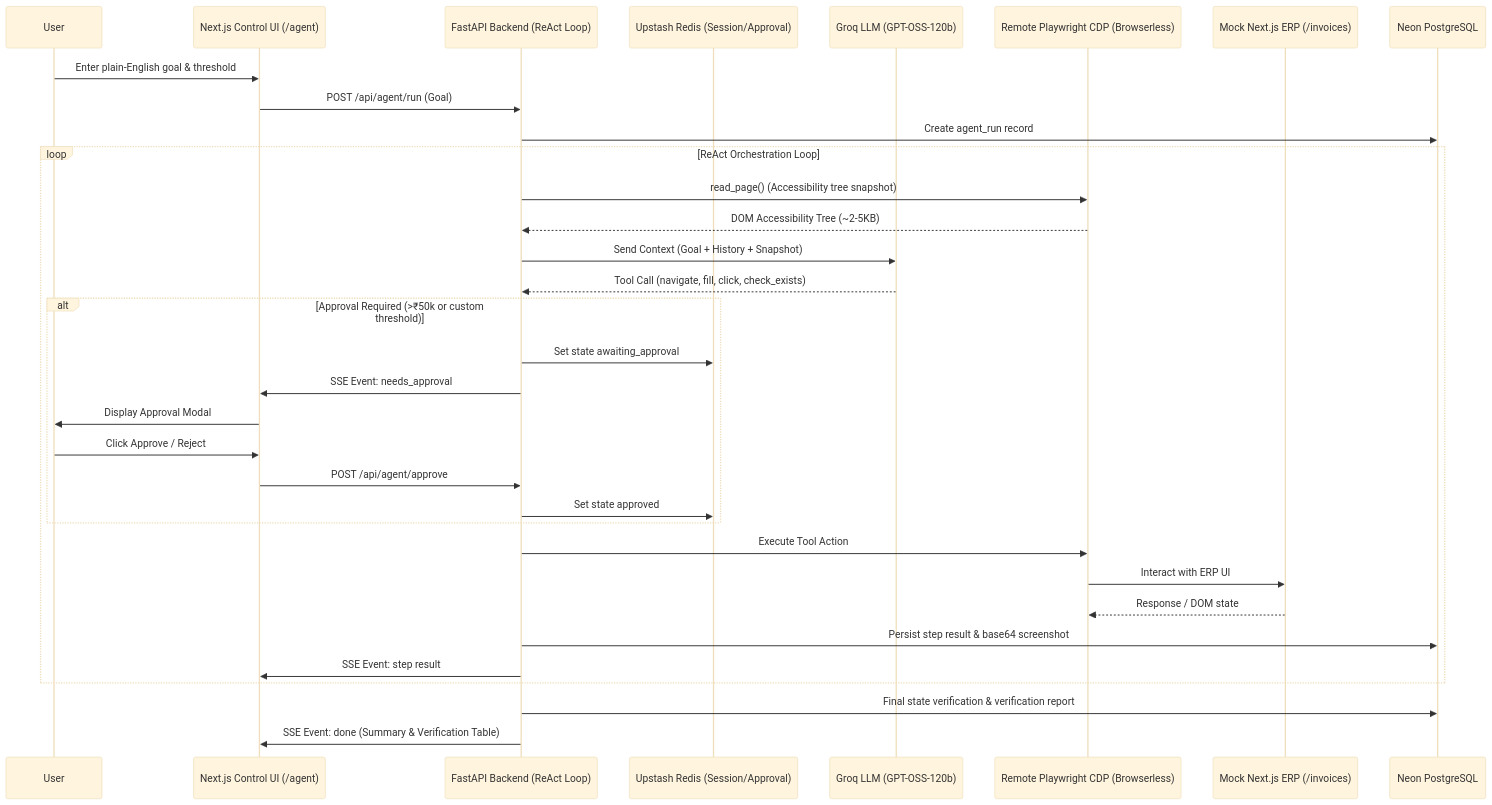
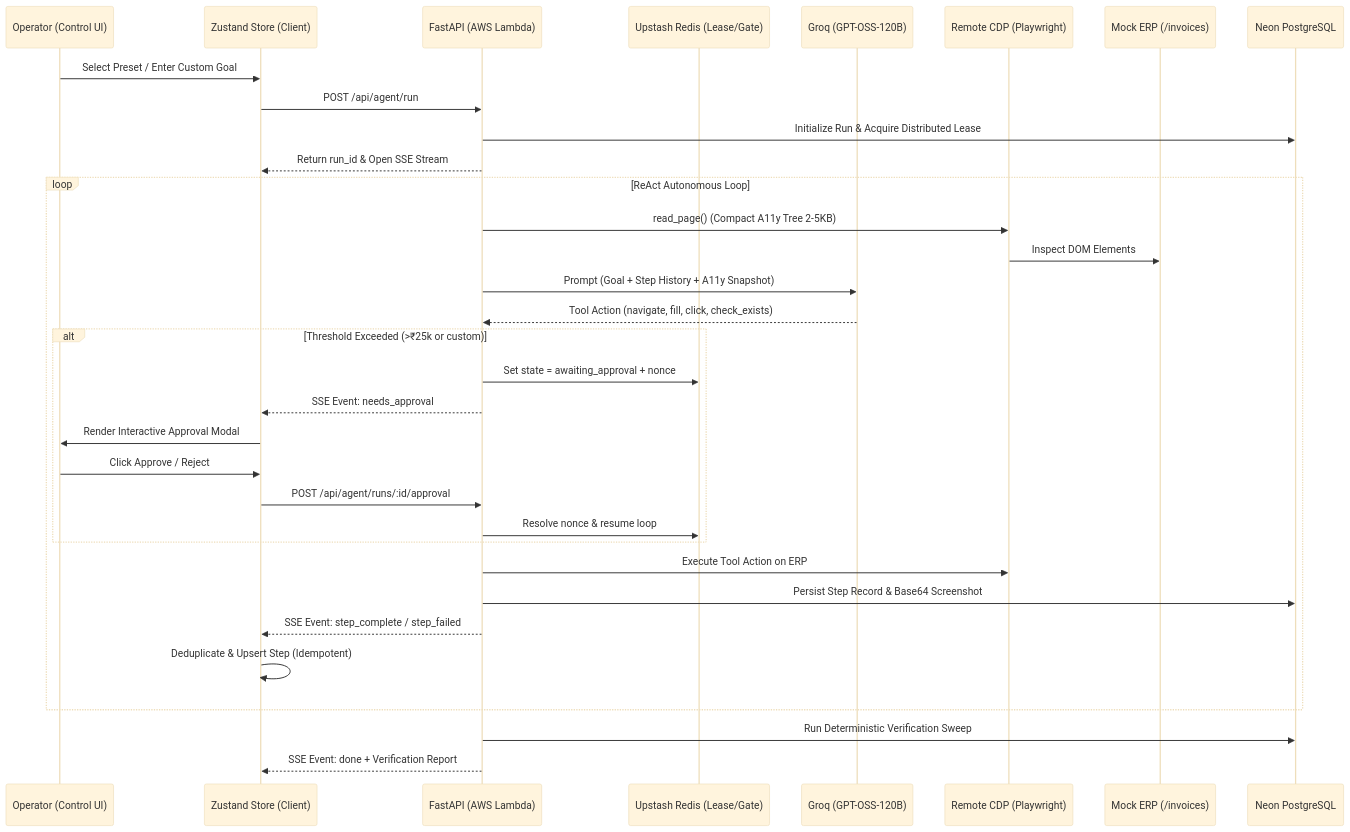
One commit to kaiizer777/hulchul-assignment changed the diagram in README.md. Above: the diagram before and after it, drawn with Mermaid (base theme). The commit also changed other lines of this file and 1 other file, not shown here.

Commit message:
docs: update README and ENGINEERING_NOTE with Zustand state architecture and streamlined docs

````diff
--- a/README.md
+++ b/README.md
@@ -22,36 +29,36 @@
 ```mermaid
 sequenceDiagram
-    participant User
-    participant ControlUI as Next.js Control UI (/agent)
-    participant FastAPI as FastAPI Backend (ReAct Loop)
-    participant Redis as Upstash Redis (Session/Approval)
-    participant Groq as Groq LLM (GPT-OSS-120b)
-    participant CDP as Remote Playwright CDP (Browserless)
-    participant ERP as Mock Next.js ERP (/invoices)
+    participant User as Operator (Control UI)
+    participant Store as Zustand Store (Client)
+    participant API as FastAPI (AWS Lambda)
+    participant Redis as Upstash Redis (Lease/Gate)
+    participant Groq as Groq (GPT-OSS-120B)
+    participant CDP as Remote CDP (Playwright)
+    participant ERP as Mock ERP (/invoices)
     participant DB as Neon PostgreSQL
 
-    User->>ControlUI: Enter plain-English goal & threshold
-    ControlUI->>FastAPI: POST /api/agent/run (Goal)
-    FastAPI->>DB: Create agent_run record
-    loop ReAct Orchestration Loop
-        FastAPI->>CDP: read_page() (Accessibility tree snapshot)
-        CDP-->>FastAPI: DOM Accessibility Tree (~2-5KB)
-        FastAPI->>Groq: Send Context (Goal + History + Snapshot)
-        Groq-->>FastAPI: Tool Call (navigate, fill, click, check_exists)
-        alt Approval Required (>₹50k or custom threshold)
-            FastAPI->>Redis: Set state awaiting_approval
-            FastAPI->>ControlUI: SSE Event: needs_approval
-            ControlUI->>User: Display Approval Modal
-            User->>ControlUI: Click Approve / Reject
-            ControlUI->>FastAPI: POST /api/agent/approve
-            FastAPI->>Redis: Set state approved
+    User->>Store: Select Preset / Enter Custom Goal
+    Store->>API: POST /api/agent/run
+    API->>DB: Initialize Run & Acquire Distributed Lease
+    API-->>Store: Return run_id & Open SSE Stream
+    loop ReAct Autonomous Loop
+        API->>CDP: read_page() (Compact A11y Tree 2-5KB)
+        CDP->>ERP: Inspect DOM Elements
+        API->>Groq: Prompt (Goal + Step History + A11y Snapshot)
+        Groq-->>API: Tool Action (navigate, fill, click, check_exists)
+        alt Threshold Exceeded (>₹25k or custom)
+            API->>Redis: Set state = awaiting_approval + nonce
+            API-->>Store: SSE Event: needs_approval
+            Store->>User: Render Interactive Approval Modal
+            User->>Store: Click Approve / Reject
+            Store->>API: POST /api/agent/runs/:id/approval
+            API->>Redis: Resolve nonce & resume loop
         end
-        FastAPI->>CDP: Execute Tool Action
-        CDP->>ERP: Interact with ERP UI
-        ERP-->>CDP: Response / DOM state
-        FastAPI->>DB: Persist step result & base64 screenshot
-        FastAPI->>ControlUI: SSE Event: step result
+        API->>CDP: Execute Tool Action on ERP
+        API->>DB: Persist Step Record & Base64 Screenshot
+        API-->>Store: SSE Event: step_complete / step_failed
+        Store->>Store: Deduplicate & Upsert Step (Idempotent)
     end
-    FastAPI->>DB: Final state verification & verification report
-    FastAPI->>ControlUI: SSE Event: done (Summary & Verification Table)
+    API->>DB: Run Deterministic Verification Sweep
+    API-->>Store: SSE Event: done + Verification Report
 ```
````
